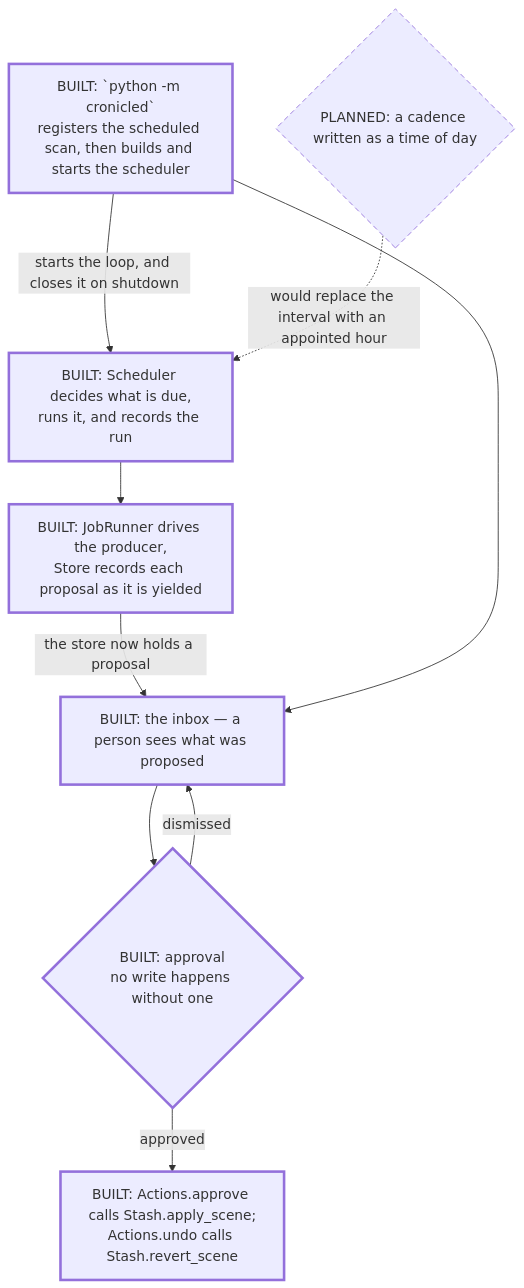
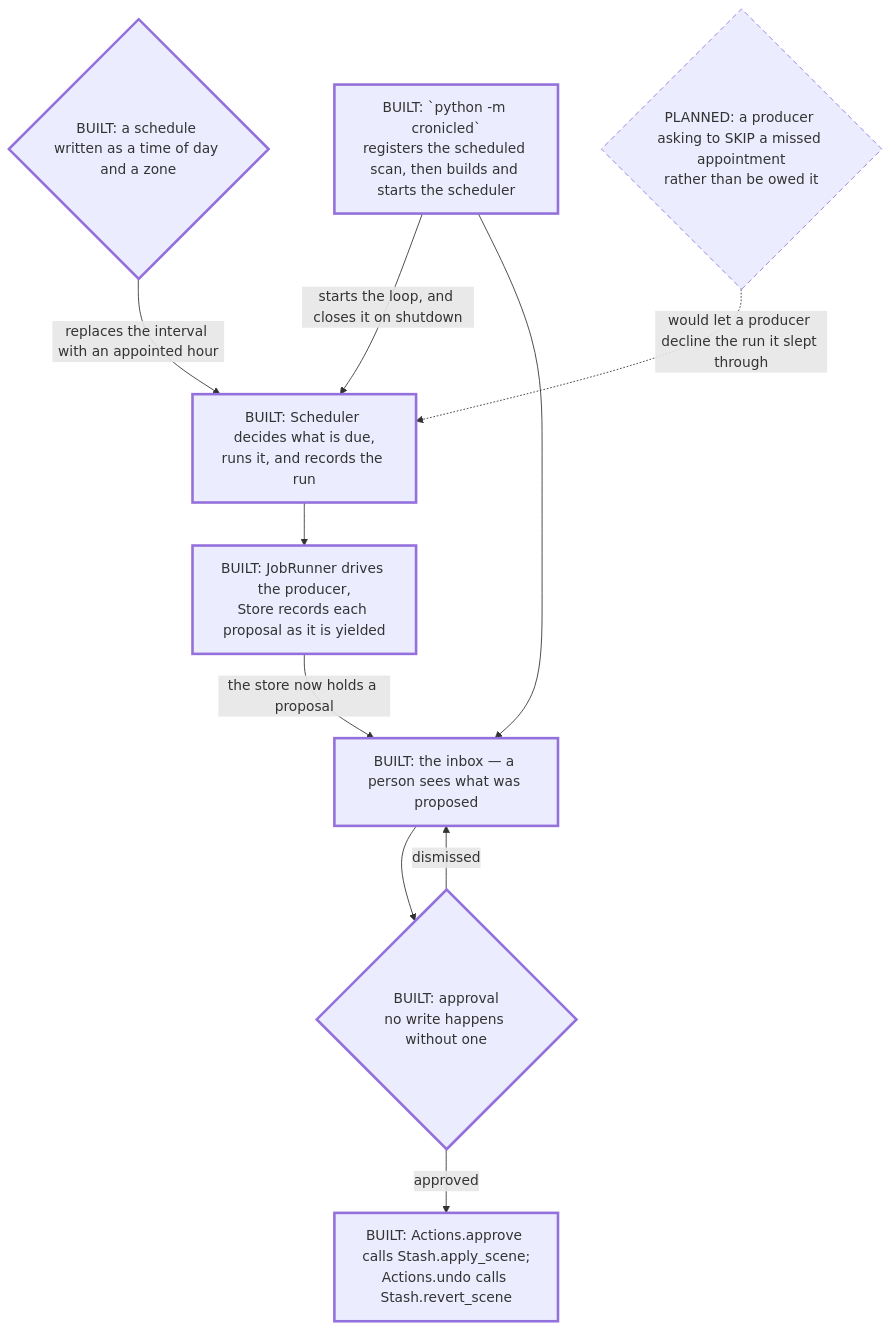
The fourth of 4 diagrams in docs/index.md (cabinetworks/cronicled), drawn with Mermaid before and after one commit. The commit also changed other lines of this file and 4 other files, not shown here.

````diff
--- a/docs/index.md
+++ b/docs/index.md
@@ -254,24 +257,26 @@
 ```mermaid
 flowchart TD
     entry["BUILT: `python -m cronicled`<br/>registers the scheduled scan, then builds and starts the scheduler"]
     sched["BUILT: Scheduler decides what is due,<br/>runs it, and records the run"]
-    wallclock{"PLANNED: a cadence written as a time of day"}
+    wallclock{"BUILT: a schedule written as a time of day and a zone"}
+    catchup{"PLANNED: a producer asking to SKIP a missed appointment<br/>rather than be owed it"}
     built["BUILT: JobRunner drives the producer,<br/>Store records each proposal as it is yielded"]
     inbox["BUILT: the inbox — a person sees what was proposed"]
     gate{"BUILT: approval<br/>no write happens without one"}
     apply["BUILT: Actions.approve calls Stash.apply_scene;<br/>Actions.undo calls Stash.revert_scene"]
 
     entry -- "starts the loop, and closes it on shutdown" --> sched
-    wallclock -. "would replace the interval with an appointed hour" .-> sched
+    wallclock -- "replaces the interval with an appointed hour" --> sched
+    catchup -. "would let a producer decline the run it slept through" .-> sched
     sched --> built
     built -- "the store now holds a proposal" --> inbox
     entry --> inbox
     inbox --> gate
     gate -- "approved" --> apply
     gate -- "dismissed" --> inbox
 
     classDef planned stroke-dasharray:6 4
     classDef built stroke-width:3px
-    class wallclock planned
-    class entry,sched,built,inbox,gate,apply built
+    class catchup planned
+    class entry,sched,wallclock,built,inbox,gate,apply built
 ```
````
